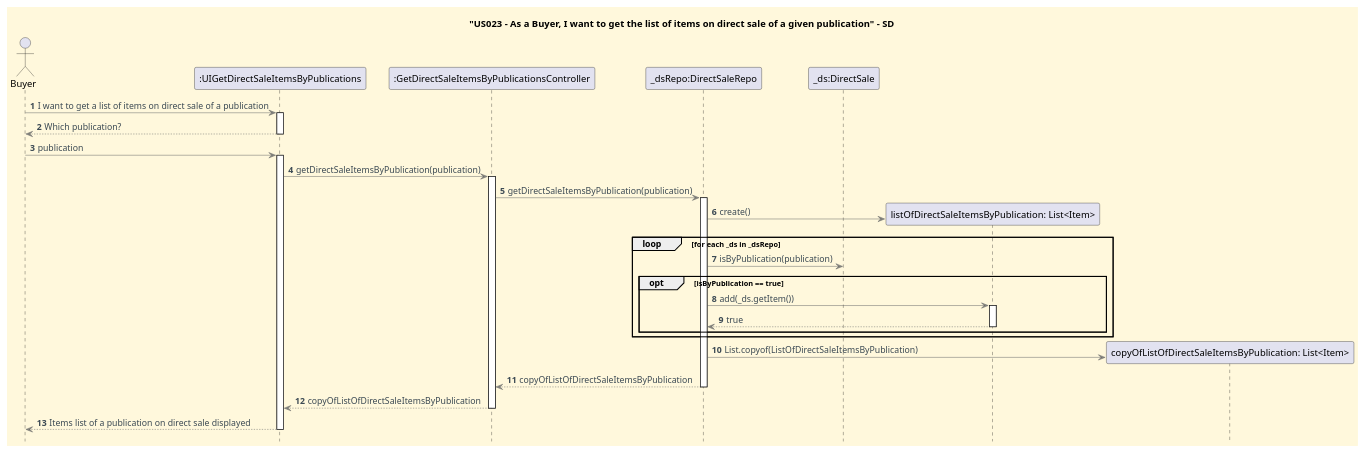
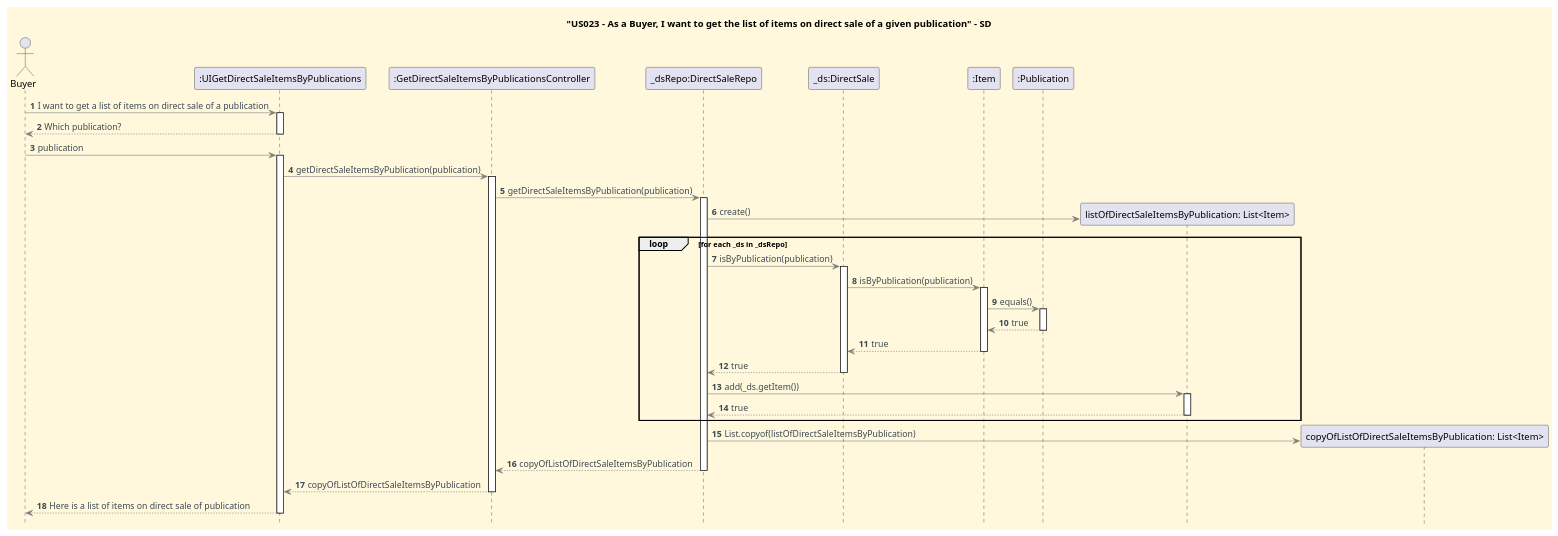
The diagram in docs/userStories/US023/US023_get_list_items_directSale_given_publication_SD.puml (CarolinaLeite-collab/JavaMarketplacePlatform), drawn with PlantUML before and after one commit.

Commit message:
docs: show Tell Don't Ask chain for isByPublication for US023 SD, ref #307

```diff
--- a/docs/userStories/US023/US023_get_list_items_directSale_given_publication_SD.puml
+++ b/docs/userStories/US023/US023_get_list_items_directSale_given_publication_SD.puml
@@ -1,61 +1,73 @@
 @startuml
 title "US023 - As a Buyer, I want to get the list of items on direct sale of a given publication" - SD
 hidefootbox
 
 '==== basic style ====
 skinparam monochrome false
 skinparam shadowing false
 skinparam defaultFontName Futura
 skinparam objectFontSize 20
 skinparam backgroundColor CornSilk
 skinparam objectBackgroundColor WhiteSmoke
 skinparam noteBackgroundColor #FFFFE0
 skinparam ArrowFontColor #3B4953
 skinparam ArrowColor #57595BAA
 skinparam ActivationBackgroundColor WhiteSmoke
 
 
 autonumber
 autoactivate off
 
 ' --- Actor and participants ---
 actor Buyer
 participant ":UIGetDirectSaleItemsByPublications" as UI
 participant ":GetDirectSaleItemsByPublicationsController" as Ctl
 participant "_dsRepo:DirectSaleRepo" as dsr
 participant "_ds:DirectSale" as ds
+participant ":Item" as item
+participant ":Publication" as pub
 
 Buyer -> UI: I want to get a list of items on direct sale of a publication
 activate UI
 UI --> Buyer: Which publication?
 deactivate UI
 
 'publication object
 Buyer -> UI: publication
 activate UI
 UI -> Ctl: getDirectSaleItemsByPublication(publication)
 activate Ctl
 Ctl -> dsr: getDirectSaleItemsByPublication(publication)
 activate dsr
 create "listOfDirectSaleItemsByPublication: List<Item>" as list
 
 dsr -> list: create()
 loop for each _ds in _dsRepo
         dsr -> ds: isByPublication(publication)
-        opt isByPublication == true
-            dsr -> list: add(_ds.getItem())
-            activate list
-            list --> dsr: true
-            deactivate list
-        end
+        activate ds
+        ds -> item: isByPublication(publication)
+        activate item
+        item -> pub: equals()
+        activate pub
+        pub --> item: true
+        deactivate pub
+        item --> ds: true
+        deactivate item
+        ds --> dsr: true
+        deactivate ds
+        dsr -> list: add(_ds.getItem())
+        activate list
+        list --> dsr: true
+        deactivate list
+
 end
 
 create "copyOfListOfDirectSaleItemsByPublication: List<Item>" as copy
-dsr -> copy: List.copyof(ListOfDirectSaleItemsByPublication)
+dsr -> copy: List.copyof(listOfDirectSaleItemsByPublication)
 dsr --> Ctl: copyOfListOfDirectSaleItemsByPublication
 deactivate dsr
 Ctl --> UI: copyOfListOfDirectSaleItemsByPublication
 deactivate Ctl
-UI --> Buyer: Items list of a publication on direct sale displayed
+UI --> Buyer: Here is a list of items on direct sale of publication
 deactivate UI
 @enduml
```
